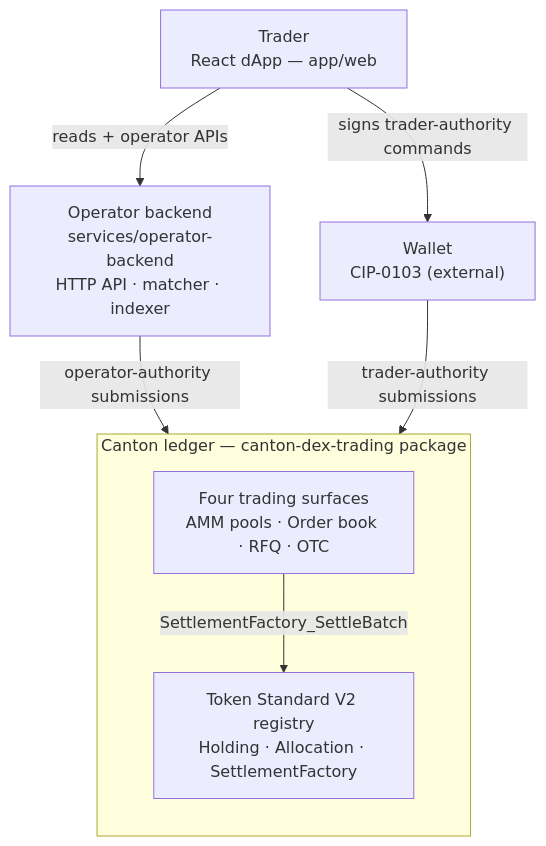
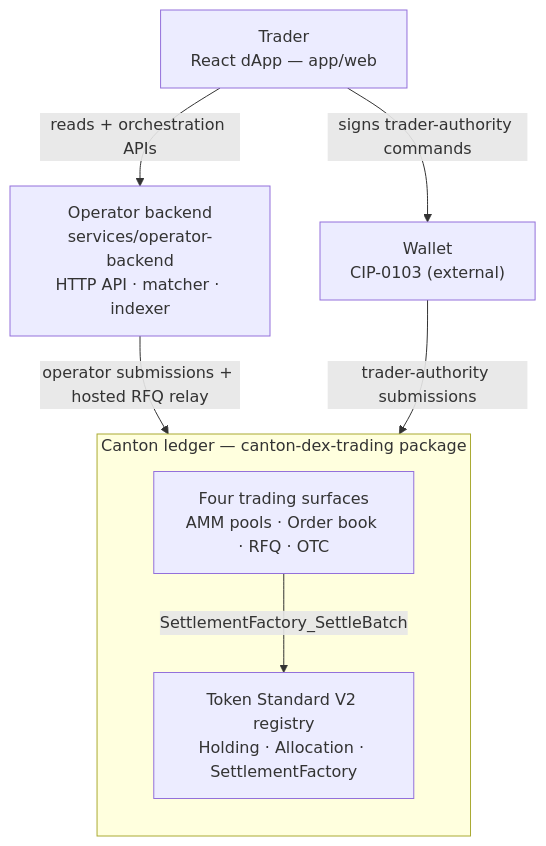
Before and after one commit to srikanth-bitdynamics/Canton-Dex-Reference-Implementation: the diagram in docs/concepts/overview.md, drawn with Mermaid. The commit also changed other lines of this file and 132 other files, not shown here.

````diff
--- a/docs/concepts/overview.md
+++ b/docs/concepts/overview.md
@@ -28,18 +91,18 @@
 ```mermaid
 flowchart TB
   Trader["Trader<br/>React dApp — app/web"]
   Wallet["Wallet<br/>CIP-0103 (external)"]
   Operator["Operator backend<br/>services/operator-backend<br/>HTTP API · matcher · indexer"]
 
   subgraph Ledger["Canton ledger — canton-dex-trading package"]
     direction TB
     Surfaces["Four trading surfaces<br/>AMM pools · Order book · RFQ · OTC"]
     Registry["Token Standard V2 registry<br/>Holding · Allocation · SettlementFactory"]
     Surfaces -->|"SettlementFactory_SettleBatch"| Registry
   end
 
-  Trader -->|"reads + operator APIs"| Operator
+  Trader -->|"reads + orchestration APIs"| Operator
   Trader -->|"signs trader-authority commands"| Wallet
-  Operator -->|"operator-authority submissions"| Ledger
+  Operator -->|"operator submissions + hosted RFQ relay"| Ledger
   Wallet -->|"trader-authority submissions"| Ledger
 ```
````
